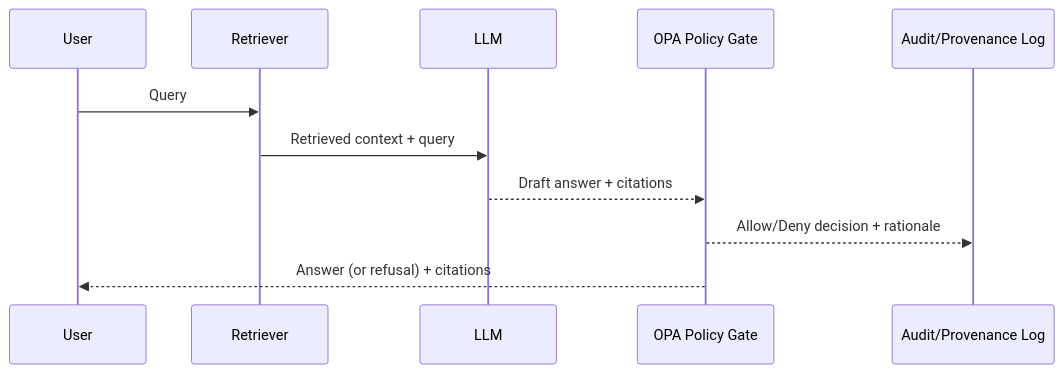
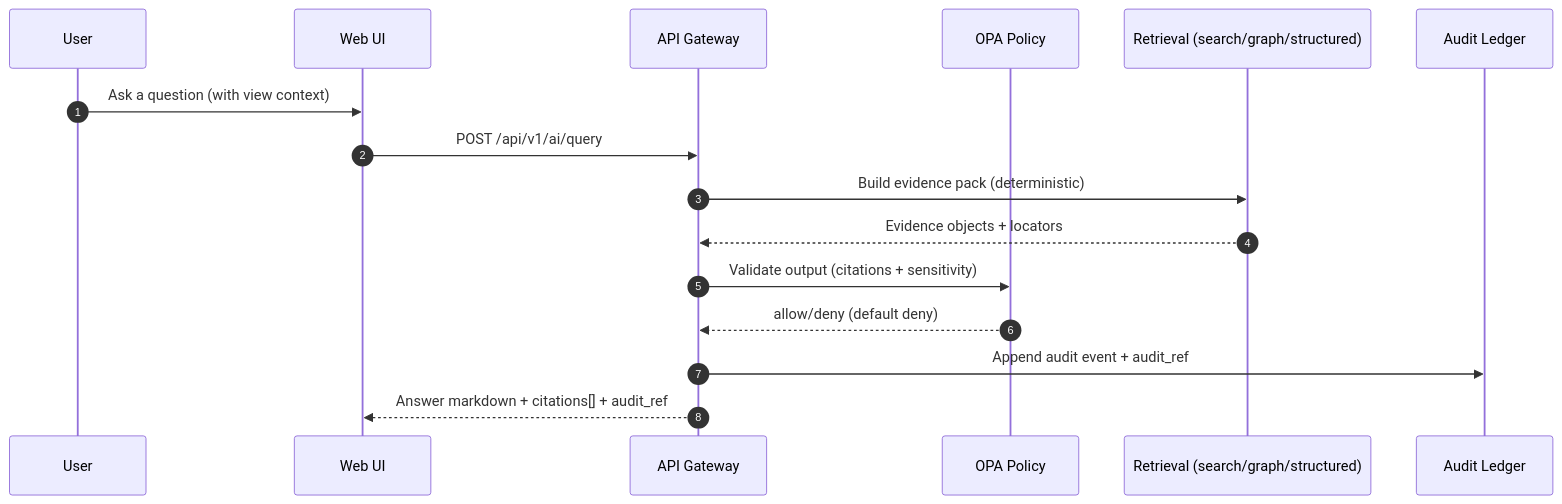
The second of 3 diagrams in README.md (bartytime4life/Kansas-Frontier-Matrix), drawn with Mermaid before and after one commit. The commit also changed other lines of this file, not shown here.

````diff
--- a/README.md
+++ b/README.md
@@ -202,14 +112,19 @@
 ```mermaid
 sequenceDiagram
+  autonumber
   participant U as User
-  participant R as Retriever
-  participant L as LLM
-  participant P as OPA Policy Gate
-  participant A as Audit/Provenance Log
+  participant UI as Web UI
+  participant API as API Gateway
+  participant OPA as OPA Policy
+  participant R as Retrieval (search/graph/structured)
+  participant A as Audit Ledger
 
-  U->>R: Query
-  R->>L: Retrieved context + query
-  L-->>P: Draft answer + citations
-  P-->>A: Allow/Deny decision + rationale
-  P-->>U: Answer (or refusal) + citations
+  U->>UI: Ask a question (with view context)
+  UI->>API: POST /api/v1/ai/query
+  API->>R: Build evidence pack (deterministic)
+  R-->>API: Evidence objects + locators
+  API->>OPA: Validate output (citations + sensitivity)
+  OPA-->>API: allow/deny (default deny)
+  API->>A: Append audit event + audit_ref
+  API-->>UI: Answer markdown + citations[] + audit_ref
 ```
````
